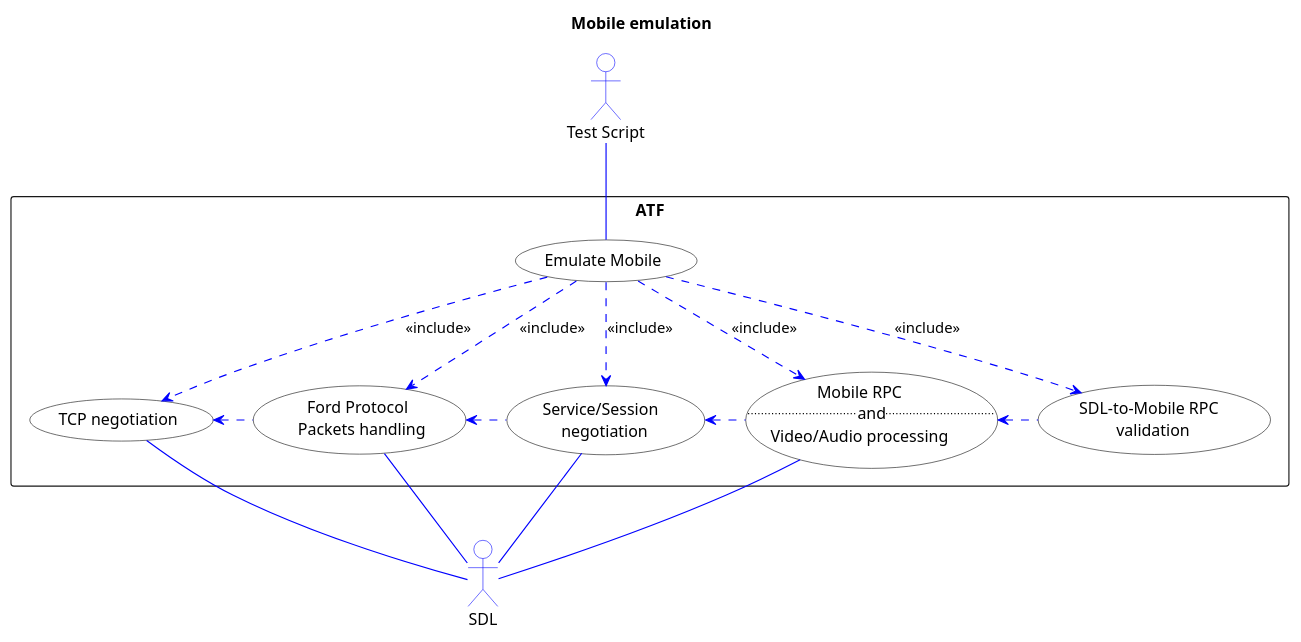
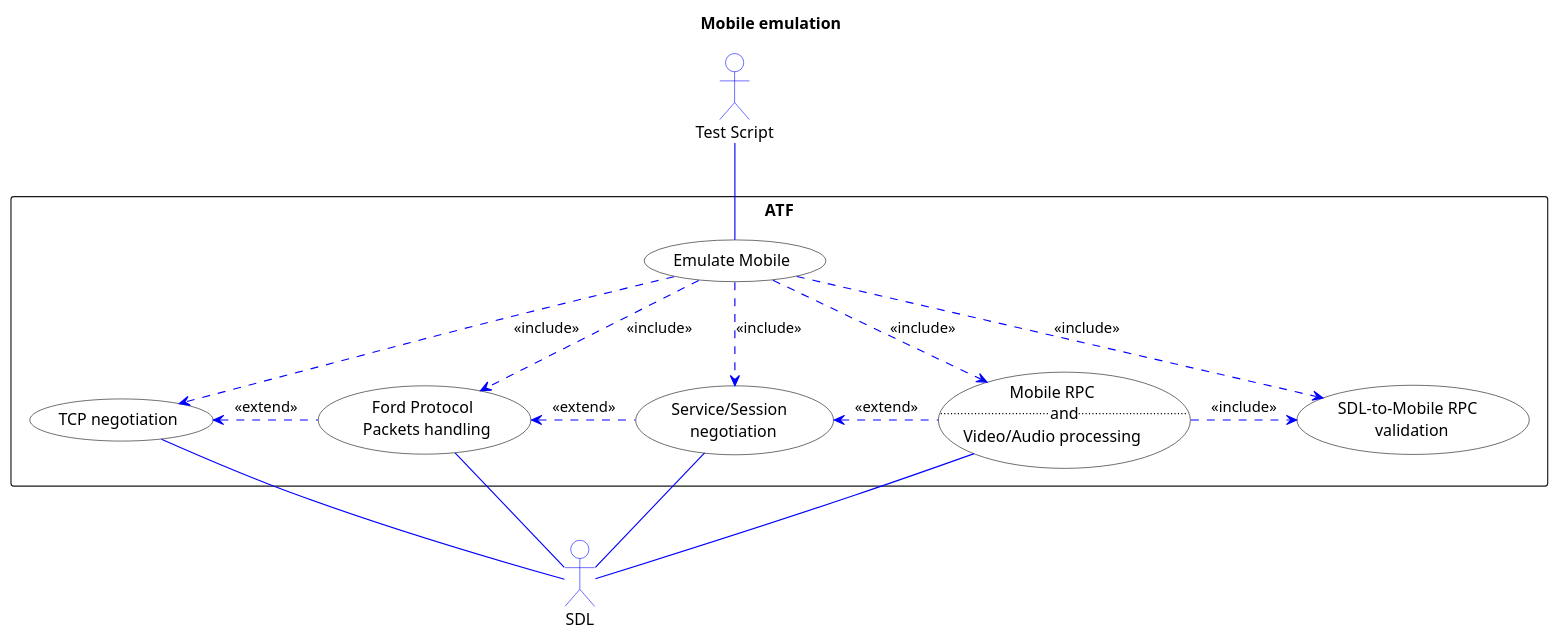
The diagram in docs/ATF/Use Case View/assets/5_manipulations_mob.plantuml (smartdevicelink/sdl_core_guides), drawn with PlantUML before and after one commit. The commit also changed 10 other files, not shown here.

```diff
--- a/docs/ATF/Use Case View/assets/5_manipulations_mob.plantuml
+++ b/docs/ATF/Use Case View/assets/5_manipulations_mob.plantuml
@@ -1,51 +1,52 @@
 @startuml
 /'
 It is a source file for ATF SAD diagram.
 For further information, please, follow http://plantuml.com/
 '/
 
 skinparam shadowing false
 skinparam actorBackgroundColor white
 skinparam actorBorderColor blue
 skinparam usecase {
 	BackgroundColor white
 	BorderColor black
 	
 	ArrowColor blue
 	ActorBorderColor blue
 }
 '---------------------------
 title Mobile emulation
 
 actor "Test Script" as :script:
 actor :SDL:
 rectangle ATF {
     usecase (Emulate Mobile)                     as (e_mob)
     usecase (TCP negotiation)                    as (negotiation)
     usecase (Ford Protocol \n Packets handling)  as (protocol)
     usecase (Service/Session \n negotiation)     as (service)
     usecase processing as "Mobile RPC
     ..and..
     Video/Audio processing"
     usecase (SDL-to-Mobile RPC \n validation)    as (validation)
 }
 
 :script: -- (e_mob)
 
-(e_mob) ..> (negotiation): <<include>>
-(e_mob) ..> (protocol) : <<include>>
-(e_mob) ..> (service) : <<include>>
-(e_mob) ..> (processing) : <<include>>
-(e_mob) ..> (validation) : <<include>>
+(e_mob) ..> (negotiation) : <<include>>
+(e_mob) ..> (protocol)    : <<include>>
+(e_mob) ..> (service)     : <<include>>
+(e_mob) ..> (processing)  : <<include>>
+(e_mob) ..> (validation)  : <<include>>
 
-(negotiation) <. (protocol) 
-(protocol)    <. (service) 
-(service)     <. (processing) 
-(processing)  <. (validation) 
+(negotiation) <. (protocol)   : <<extend>>
+(protocol)    <. (service)    : <<extend>>
+(service)     <. (processing) : <<extend>>
+
+(processing)  .> (validation) : <<include>>
 
 :SDL: -up- (negotiation)
 :SDL: -up- (protocol)
 :SDL: -up- (service)
 :SDL: -up- (processing)
 
 @enduml
```
